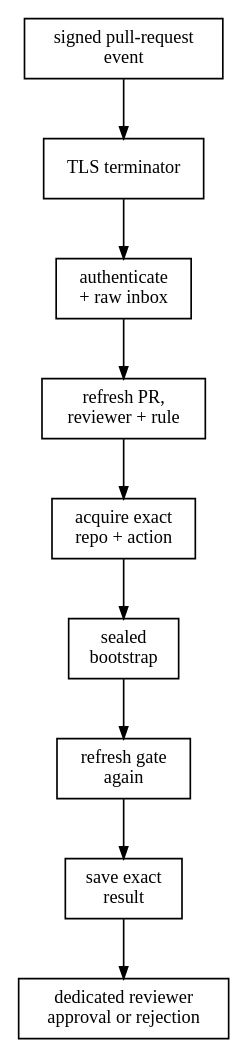
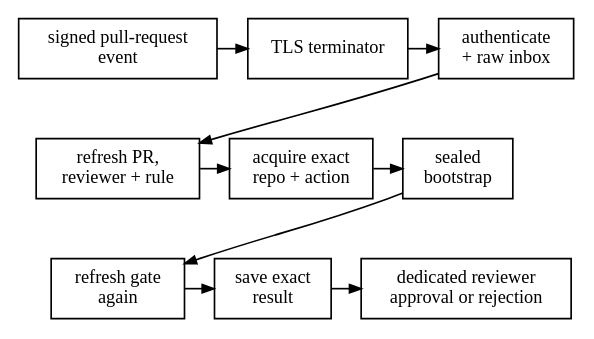
The diagram in docs/src/provider-gitea.md (HardMax71/amiss), drawn with Graphviz before and after one commit. The commit also changed 2 other files, not shown here.

Commit message:
Snake the provider flow diagrams
A twelve-box chain was unreadable as a strip and worse as a single
column. Each flow now wraps into three left-to-right rows: rows pinned
by an invisible spine, the wrap edges drawn without layout constraint so
they connect the rows instead of shearing them sideways. The GitHub
diagram fits the content width at 521 points; the siblings match.

````diff
--- a/docs/src/provider-gitea.md
+++ b/docs/src/provider-gitea.md
@@ -22,17 +22,26 @@
 ```dot process
 digraph gitea_provider {
   rankdir = TB;
   node [shape = box, fontname = "Latin Modern, Georgia, serif", fontsize = 11];
   edge [arrowsize = 0.7, fontname = "Latin Modern, Georgia, serif", fontsize = 10];
   forge  [label = "signed pull-request\nevent"];
   tls    [label = "TLS terminator"];
   inbox  [label = "authenticate\n+ raw inbox"];
   first  [label = "refresh PR,\nreviewer + rule"];
   fetch  [label = "acquire exact\nrepo + action"];
   boot   [label = "sealed\nbootstrap"];
   final  [label = "refresh gate\nagain"];
   save   [label = "save exact\nresult"];
   review [label = "dedicated reviewer\napproval or rejection"];
-  forge -> tls -> inbox -> first -> fetch -> boot -> final -> save -> review;
+  { rank = same; forge; tls; inbox; }
+  { rank = same; first; fetch; boot; }
+  { rank = same; final; save; review; }
+  forge -> tls -> inbox;
+  first -> fetch -> boot;
+  final -> save -> review;
+  inbox -> first [constraint = false];
+  boot -> final [constraint = false];
+  forge -> first -> final [style = invis];
+
 }
 ```
````
